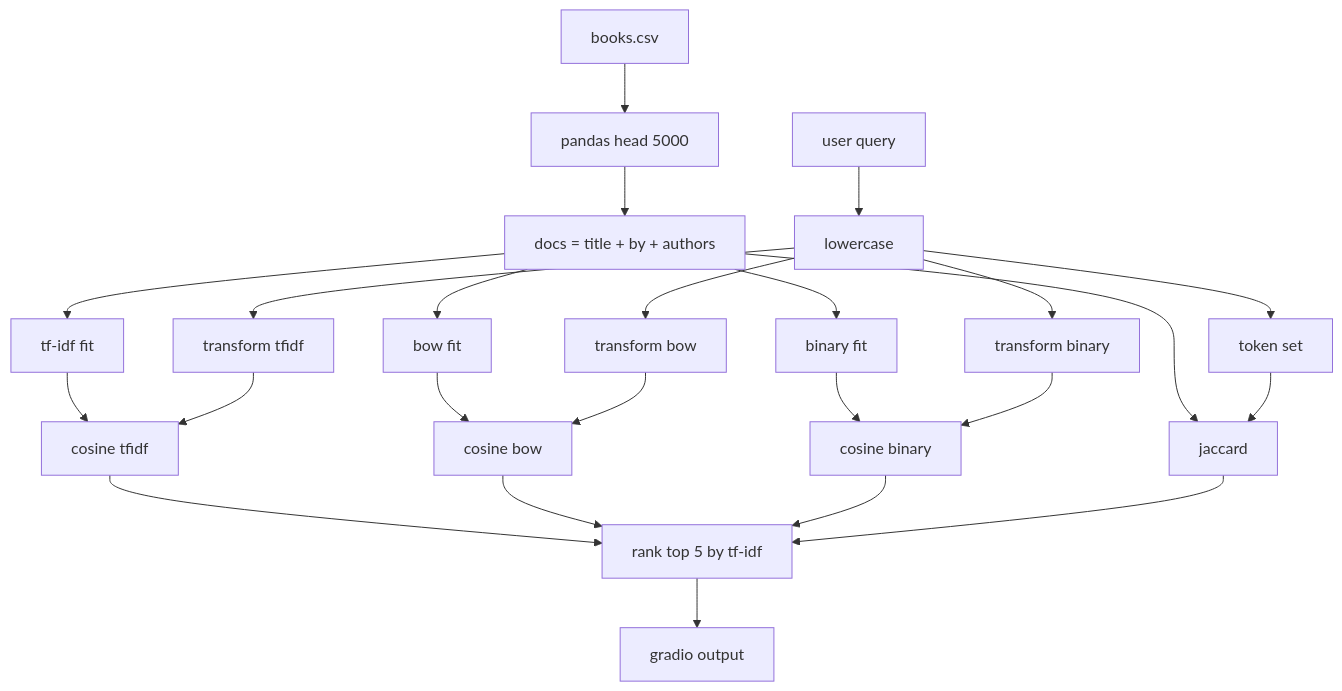
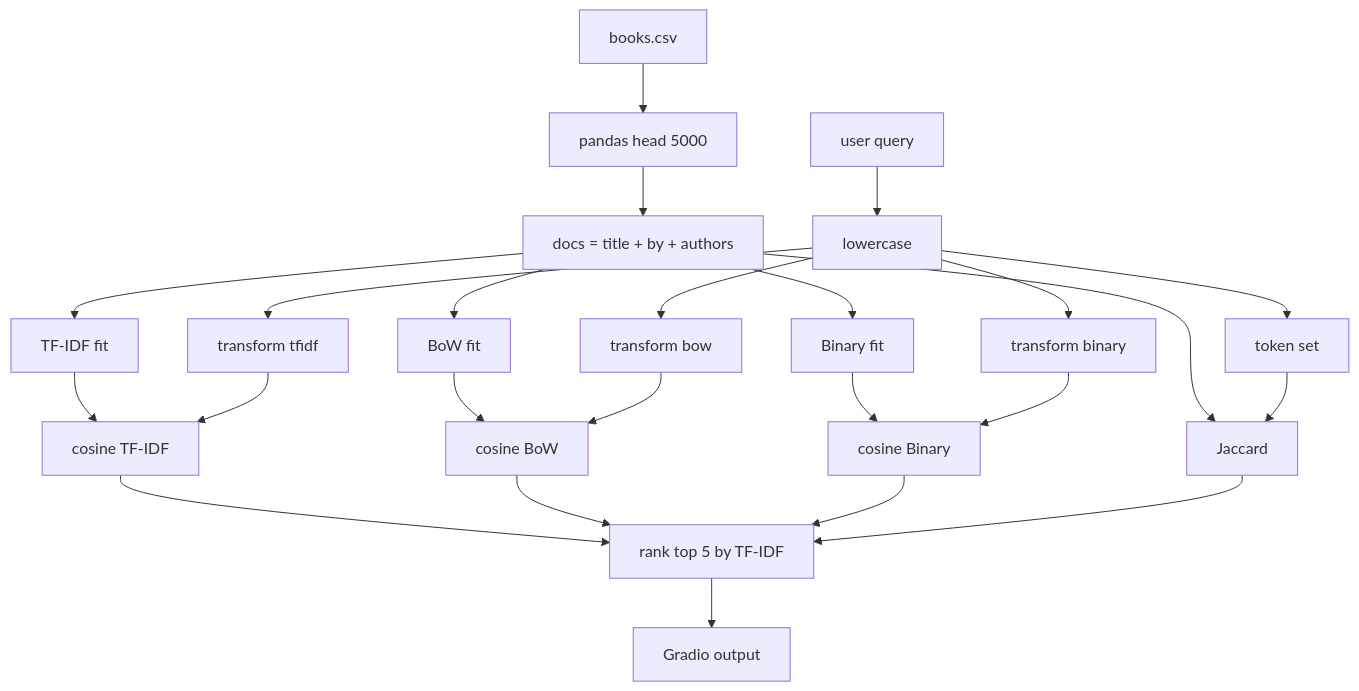
One commit to hammad8622/goodreads-search-engine changed the first of 3 diagrams in README.md. Above: the diagram before and after it, drawn with Mermaid. The commit also changed other lines of this file and 4 other files, not shown here.

````diff
--- a/README.md
+++ b/README.md
@@ -74,22 +79,22 @@
 ```mermaid
 flowchart TD
     A[books.csv] --> B[pandas head 5000]
     B --> C[docs = title + by + authors]
-    C --> E1[tf-idf fit]
-    C --> E2[bow fit]
-    C --> E3[binary fit]
+    C --> E1[TF-IDF fit]
+    C --> E2[BoW fit]
+    C --> E3[Binary fit]
 
     U[user query] --> Q[lowercase]
     Q --> T1[transform tfidf]
     Q --> T2[transform bow]
     Q --> T3[transform binary]
     Q --> T4[token set]
 
-    E1 & T1 --> S1[cosine tfidf]
-    E2 & T2 --> S2[cosine bow]
-    E3 & T3 --> S3[cosine binary]
-    C & T4 --> S4[jaccard]
+    E1 & T1 --> S1[cosine TF-IDF]
+    E2 & T2 --> S2[cosine BoW]
+    E3 & T3 --> S3[cosine Binary]
+    C & T4 --> S4[Jaccard]
 
-    S1 & S2 & S3 & S4 --> R[rank top 5 by tf-idf]
-    R --> O[gradio output]
+    S1 & S2 & S3 & S4 --> R[rank top 5 by TF-IDF]
+    R --> O[Gradio output]
 ```
````
